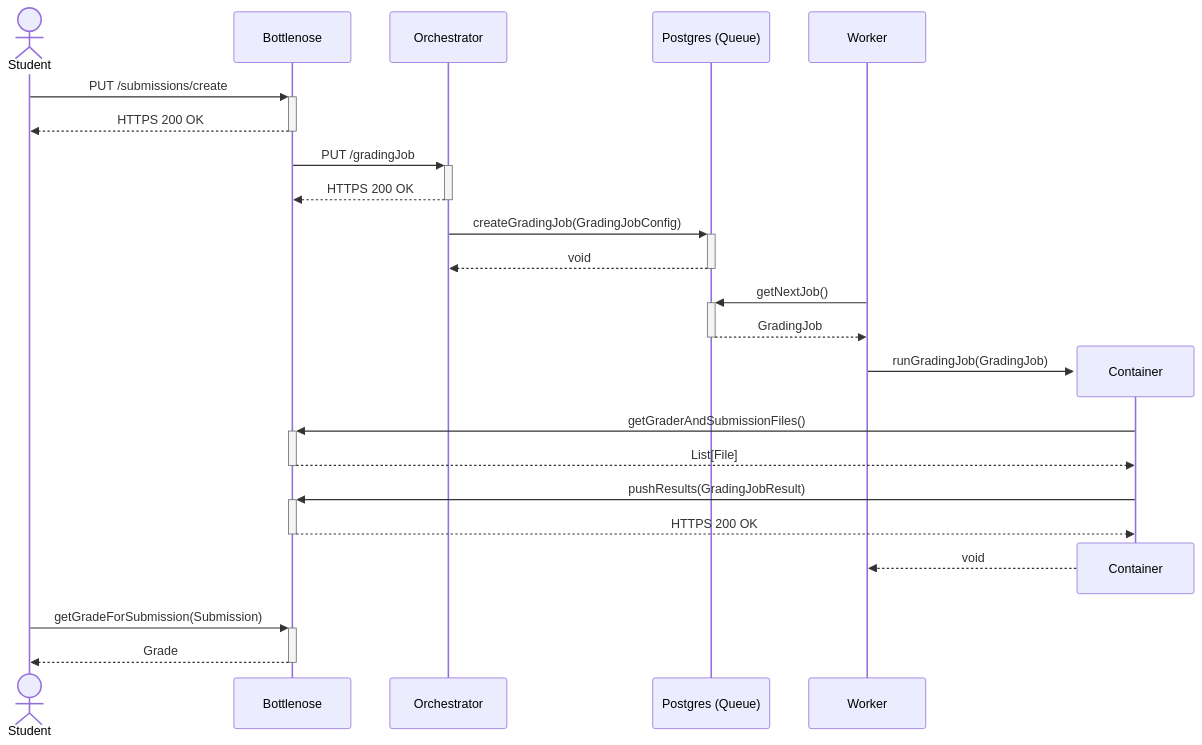
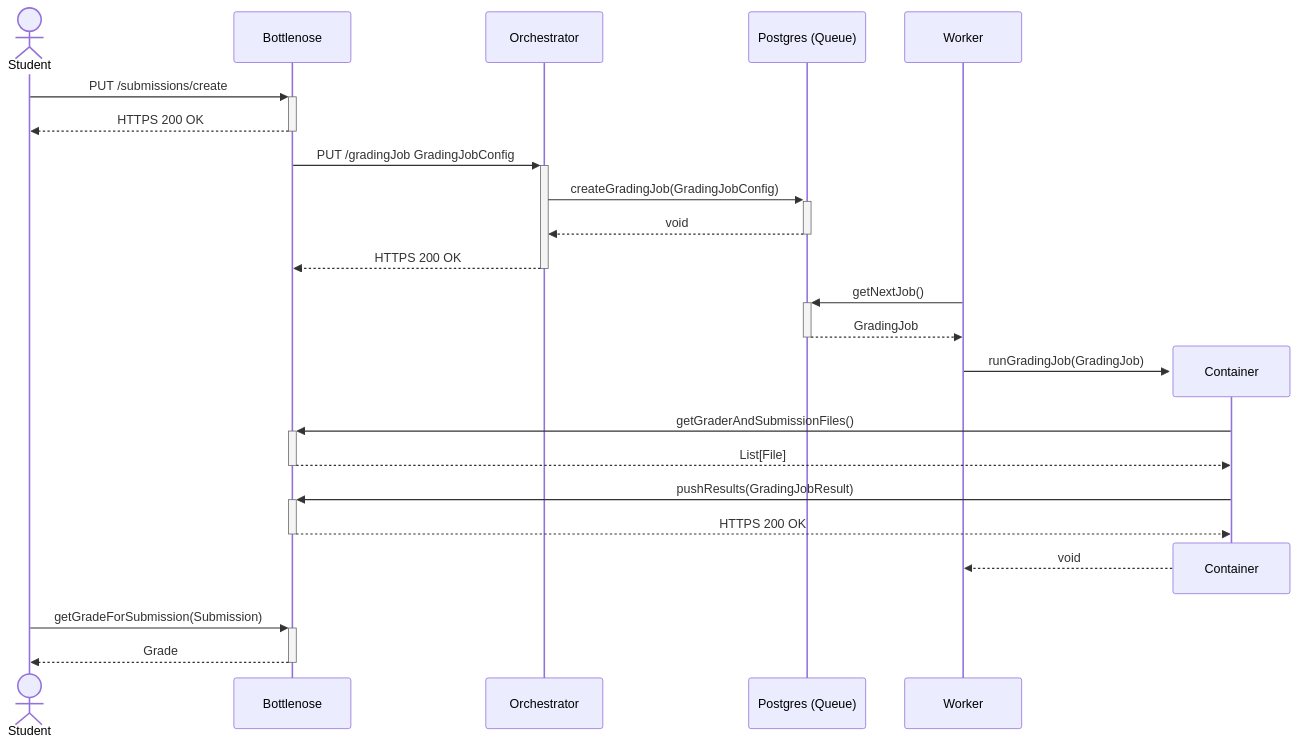
Before and after one commit to CodeGrade/orca: the first of 4 diagrams in docs/orca-workflow.md, drawn with Mermaid. The commit also changed other lines of this file, not shown here.

Commit message:
fix: orchestrator sends 200 after db enqueue

````diff
--- a/docs/orca-workflow.md
+++ b/docs/orca-workflow.md
@@ -18,26 +18,26 @@
 ```mermaid
 sequenceDiagram
     actor S as Student
     participant B as Bottlenose
     participant O as Orchestrator
     participant Q as Postgres (Queue)
     participant W as Worker
     S->>+B: PUT /submissions/create
     B-->>-S: HTTPS 200 OK
-    B->>+O: PUT /gradingJob
-    O-->>-B: HTTPS 200 OK
+    B->>+O: PUT /gradingJob GradingJobConfig
     O->>+Q: createGradingJob(GradingJobConfig)
     Q-->>-O: void
+    O-->>-B: HTTPS 200 OK
     W->>+Q: getNextJob()
     Q-->>-W: GradingJob
     create participant C as Container
     W->>C: runGradingJob(GradingJob)
     C->>+B: getGraderAndSubmissionFiles()
     B-->>-C: List[File]
     C->>+B: pushResults(GradingJobResult)
     B-->>-C: HTTPS 200 OK
     destroy C
     C-->>W: void
     S->>+B: getGradeForSubmission(Submission)
     B-->>-S: Grade
 ```
````
